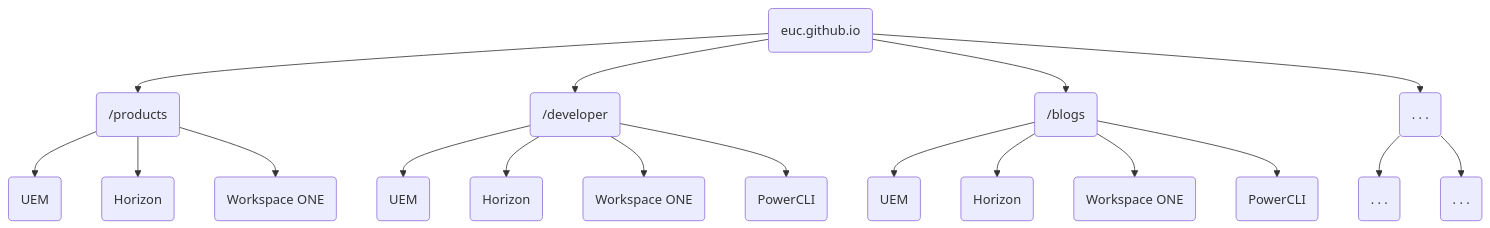
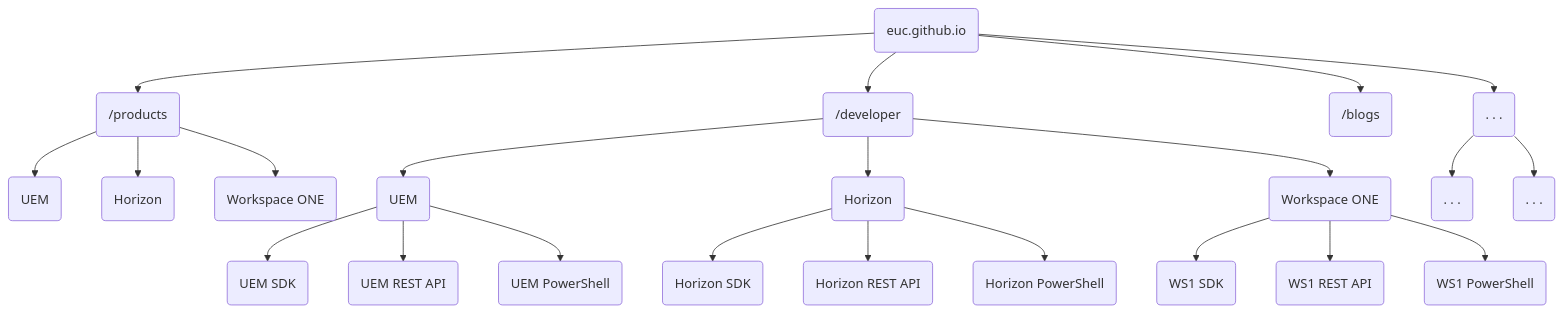
One commit to rcroft-work/EUCDigitalWorkspace.github.io changed diagram 14 of 15 in docs/about/index.md. Above: the diagram before and after it, drawn with Mermaid. The commit also changed other lines of this file and 5 other files, not shown here.

````diff
--- a/docs/about/index.md
+++ b/docs/about/index.md
@@ -114,21 +321,33 @@
 ```mermaid
 graph TD
+
     A(euc.github.io)
+
     A --> B(/products)
     A --> C(/developer)
     A --> D(/blogs)
     A --> E(. . .)
+
     B --> F(UEM)
     B --> G(Horizon)
     B --> H(Workspace ONE)
+    
     C --> I(UEM)
     C --> J(Horizon)
     C --> K(Workspace ONE)
-    C --> L(PowerCLI)
-    D --> M(UEM)
-    D --> N(Horizon)
-    D --> O(Workspace ONE)
-    D --> P(PowerCLI)
-    E --> R(. . .)
-    E --> S(. . .)
+
+    E --> W(. . .)
+    E --> X(. . .)
+
+    I --> N(UEM SDK)
+    I --> O(UEM REST API)
+    I --> P(UEM PowerShell)
+
+    J --> Q(Horizon SDK)
+    J --> R(Horizon REST API)
+    J --> S(Horizon PowerShell)
+
+    K --> T(WS1 SDK)
+    K --> U(WS1 REST API)
+    K --> V(WS1 PowerShell)
 ```
````
